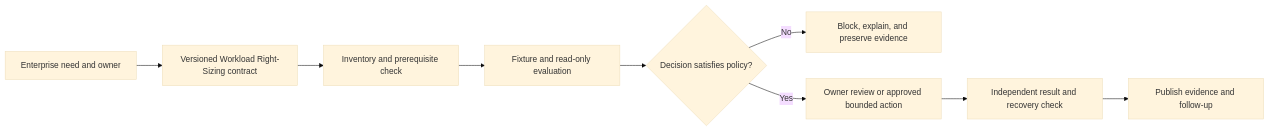
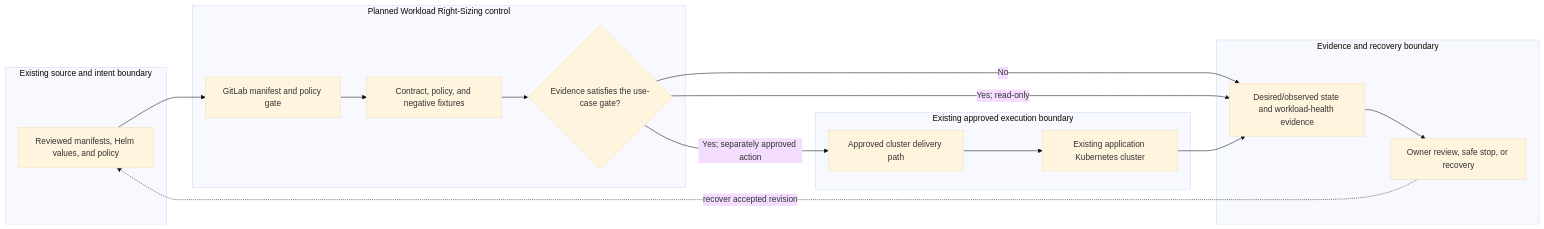
The diagram in docs/use-cases/kubernetes/UC-K8S-010-workload-right-sizing.md (MIDHTECH/enterprise-architecture-docs), drawn with Mermaid (base theme) before and after one commit. The commit also changed other lines of this file and 227 other files, not shown here.

Commit message:
Deepen architecture for all use case designs

````diff
--- a/docs/use-cases/kubernetes/UC-K8S-010-workload-right-sizing.md
+++ b/docs/use-cases/kubernetes/UC-K8S-010-workload-right-sizing.md
@@ -136,11 +129,25 @@
 ```mermaid
 flowchart LR
-    Need["Enterprise need and owner"] --> Contract["Versioned Workload Right-Sizing contract"]
-    Contract --> Preflight["Inventory and prerequisite check"]
-    Preflight --> Evaluate["Fixture and read-only evaluation"]
-    Evaluate --> Decision{"Decision satisfies policy?"}
-    Decision -->|No| Stop["Block, explain, and preserve evidence"]
-    Decision -->|Yes| Review["Owner review or approved bounded action"]
-    Review --> Verify["Independent result and recovery check"]
-    Verify --> Publish["Publish evidence and follow-up"]
+    subgraph Source["Existing source and intent boundary"]
+        A["Reviewed manifests, Helm values, and policy"]
+    end
+    subgraph Planned["Planned Workload Right-Sizing control"]
+        B["GitLab manifest and policy gate"]
+        C["Contract, policy, and negative fixtures"]
+        D{"Evidence satisfies the use-case gate?"}
+    end
+    subgraph Runtime["Existing approved execution boundary"]
+        E["Approved cluster delivery path"]
+        F["Existing application Kubernetes cluster"]
+    end
+    subgraph Assurance["Evidence and recovery boundary"]
+        G["Desired/observed state and workload-health evidence"]
+        H["Owner review, safe stop, or recovery"]
+    end
+
+    A --> B --> C --> D
+    D -->|No| G --> H
+    D -->|Yes; read-only| G
+    D -->|Yes; separately approved action| E --> F --> G
+    H -. recover accepted revision .-> A
 ```
````
